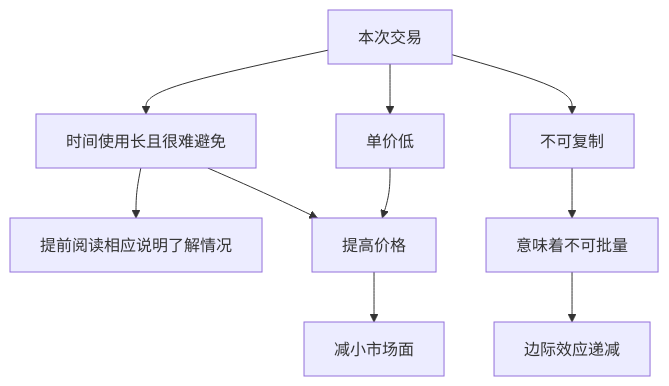
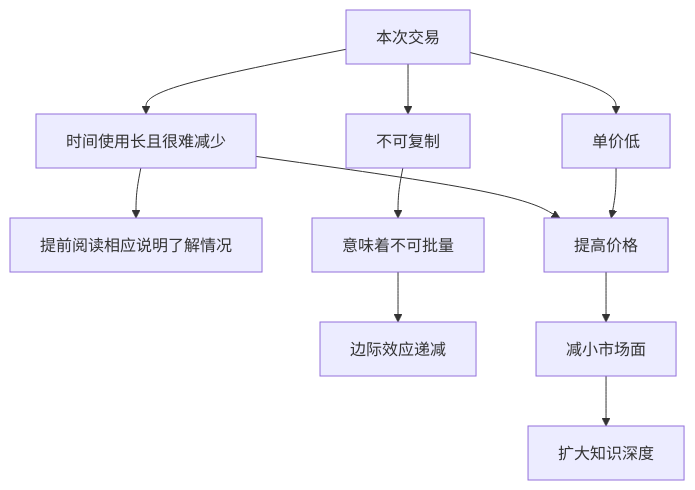
Before and after one commit to tianyuliufang233/blog: the diagram in content/post/imagemagick安装编译无法识别helc问题.md, drawn with Mermaid. The commit also changed other lines of this file, not shown here.

Commit message:
修改

````diff
--- a/content/post/imagemagick安装编译无法识别helc问题.md
+++ b/content/post/imagemagick安装编译无法识别helc问题.md
@@ -37,7 +37,7 @@
 ```mermaid
 flowchart TB
-  本次交易 --> 时间使用长且很难避免 --> 提前阅读相应说明了解情况
-  时间使用长且很难避免 --> 提高价格
+  本次交易 --> 时间使用长且很难减少 --> 提前阅读相应说明了解情况
+  时间使用长且很难减少 --> 提高价格
   本次交易 --> 不可复制 --> 意味着不可批量 -->边际效应递减
-  本次交易 --> 单价低 --> 提高价格 -->减小市场面
+  本次交易 --> 单价低 --> 提高价格 -->减小市场面 --> 扩大知识深度
 ```
````
